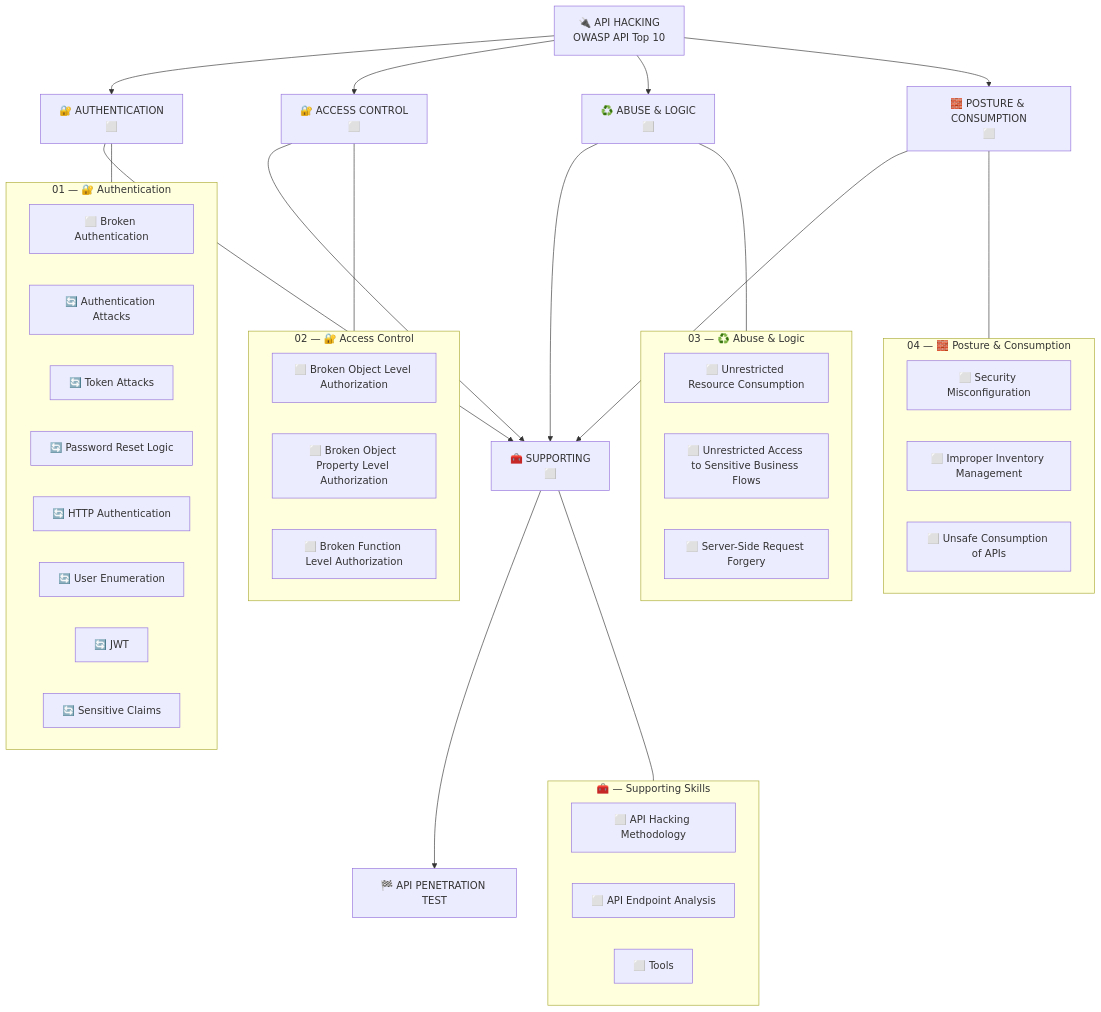
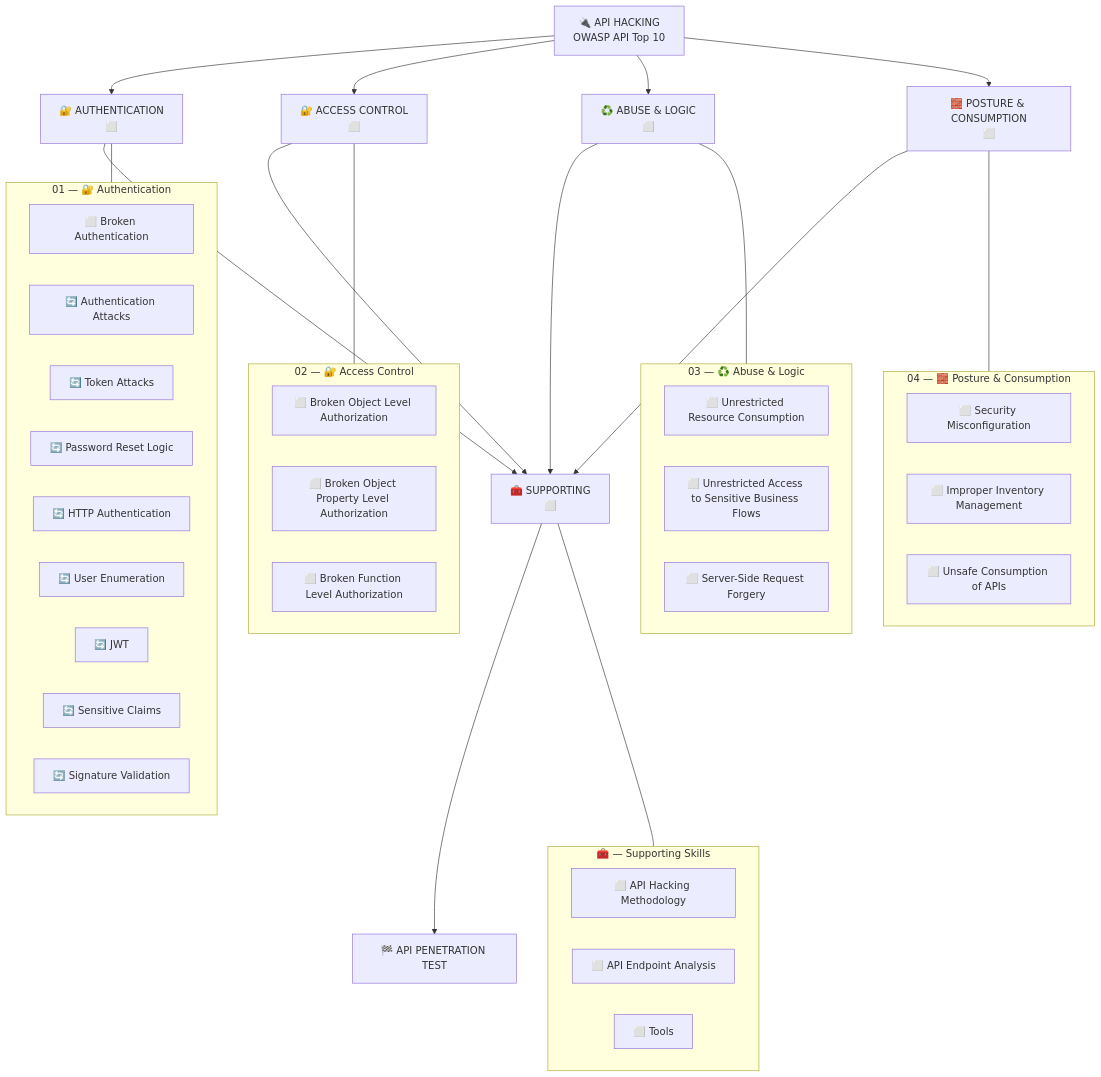
The diagram in README.md (romeo-mhakayakora/API-Hacking), drawn with Mermaid before and after one commit. The commit also changed other lines of this file and 2 other files, not shown here.

Commit message:
Add Signature Validation notes to JWT folder

````diff
--- a/README.md
+++ b/README.md
@@ -15,71 +15,73 @@
 ```mermaid
 flowchart TB
     API["🔌 API HACKING<br/>OWASP API Top 10"]
     D1["🔐 AUTHENTICATION<br/>⬜"]
     D2["🔐 ACCESS CONTROL<br/>⬜"]
     D3["♻️ ABUSE & LOGIC<br/>⬜"]
     D4["🧱 POSTURE & CONSUMPTION<br/>⬜"]
     SUP["🧰 SUPPORTING<br/>⬜"]
     PENT["🏁 API PENETRATION TEST"]
 
     API --> D1 & D2 & D3 & D4
     D1 & D2 & D3 & D4 --> SUP --> PENT
 
     subgraph 01_AUTHENTICATION ["01 — 🔐 Authentication"]
         BA["⬜ Broken Authentication"]
         AA["🔄 Authentication Attacks"]
         TA["🔄 Token Attacks"]
         PRL["🔄 Password Reset Logic"]
         HTTP["🔄 HTTP Authentication"]
         UE["🔄 User Enumeration"]
         JWT["🔄 JWT"]
         SC["🔄 Sensitive Claims"]
+        SV["🔄 Signature Validation"]
     end
     subgraph 02_ACCESS_CONTROL ["02 — 🔐 Access Control"]
         BOLA["⬜ Broken Object Level Authorization"]
         BOPLA["⬜ Broken Object Property Level Authorization"]
         BFLA["⬜ Broken Function Level Authorization"]
     end
     subgraph 03_ABUSE_LOGIC ["03 — ♻️ Abuse & Logic"]
         URC["⬜ Unrestricted Resource Consumption"]
         UBF["⬜ Unrestricted Access to Sensitive Business Flows"]
         S["⬜ Server-Side Request Forgery"]
     end
     subgraph 04_POSTURE_CONSUMPTION ["04 — 🧱 Posture & Consumption"]
         SM["⬜ Security Misconfiguration"]
         IIM["⬜ Improper Inventory Management"]
         UAC["⬜ Unsafe Consumption of APIs"]
     end
     subgraph SUPPORTING ["🧰 — Supporting Skills"]
         MET["⬜ API Hacking Methodology"]
         EPA["⬜ API Endpoint Analysis"]
         TLS["⬜ Tools"]
     end
 
     D1 --- 01_AUTHENTICATION
     D2 --- 02_ACCESS_CONTROL
     D3 --- 03_ABUSE_LOGIC
     D4 --- 04_POSTURE_CONSUMPTION
     SUP --- SUPPORTING
 
     click BA href "./01-authentication/broken-authentication.md"
     click AA href "./01-authentication/authentication-attacks.md"
     click TA href "./01-authentication/token-attacks.md"
     click PRL href "./01-authentication/password-reset-logic.md"
     click HTTP href "./01-authentication/http-authentication.md"
     click UE href "./01-authentication/user-enumeration.md"
     click JWT href "./01-authentication/jwt/jwt.md"
     click SC href "./01-authentication/jwt/sensitive-claims.md"
+    click SV href "./01-authentication/jwt/signature-validation.md"
     click BOLA href "./02-access-control/bola.md"
     click BOPLA href "./02-access-control/bopla.md"
     click BFLA href "./02-access-control/bfla.md"
     click URC href "./03-abuse-logic/unrestricted-resource-consumption.md"
     click UBF href "./03-abuse-logic/unrestricted-business-flow.md"
     click S href "./03-abuse-logic/ssrf.md"
     click SM href "./04-posture-consumption/security-misconfiguration.md"
     click IIM href "./04-posture-consumption/improper-inventory-management.md"
     click UAC href "./04-posture-consumption/unsafe-api-consumption.md"
     click MET href "./supporting/01-api-methodology.md"
     click EPA href "./supporting/02-api-endpoint-analysis.md"
     click TLS href "./supporting/03-tools.md"
 ```
````
